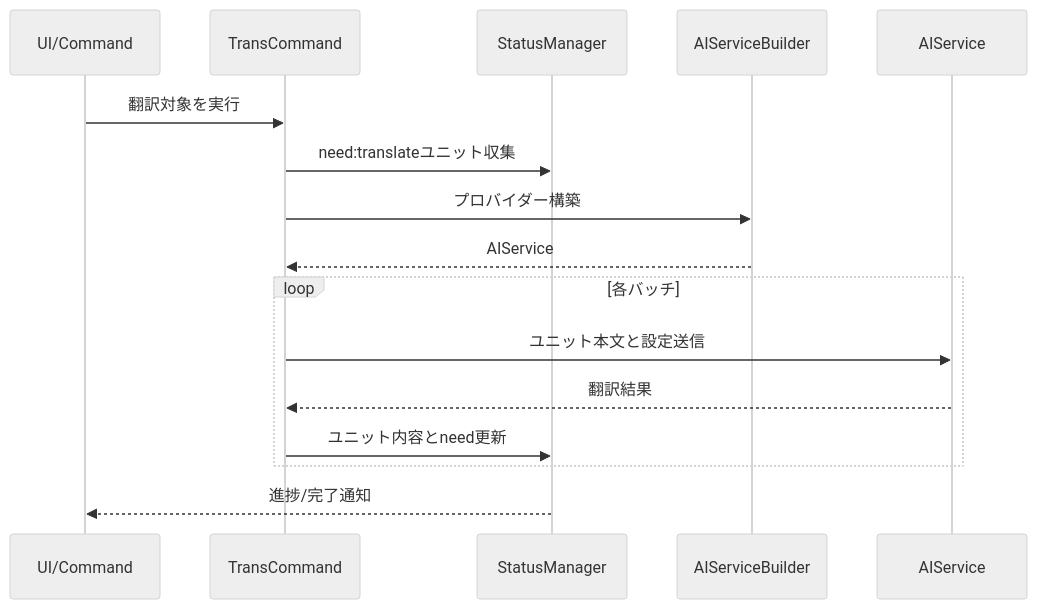
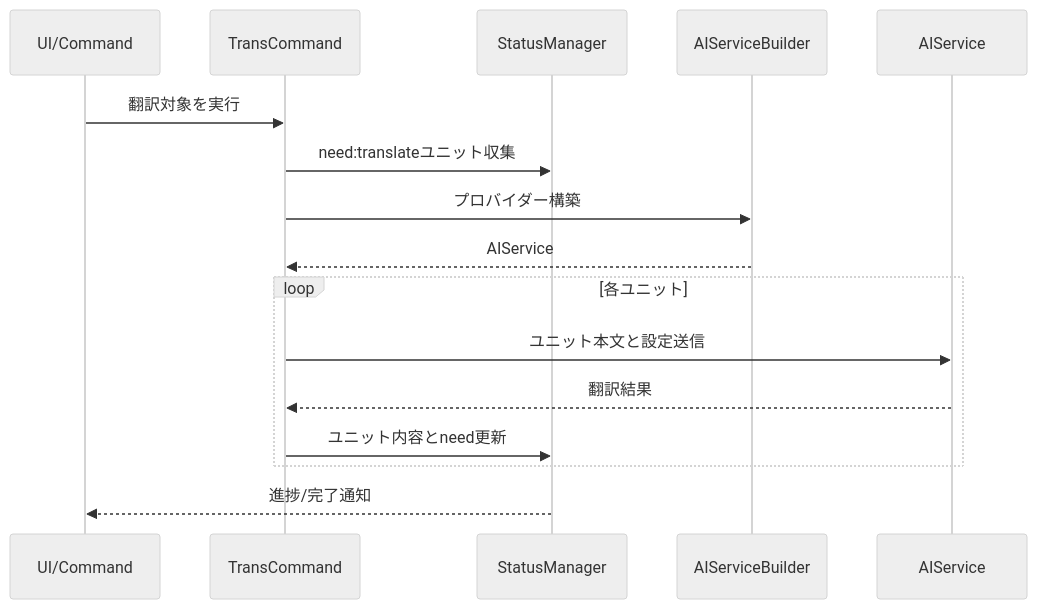
Before and after one commit to mochimochiki/mdait: the second of 4 diagrams in design/commands.md, drawn with Mermaid (neutral theme). The commit also changed other lines of this file and 7 other files, not shown here.

````diff
--- a/design/commands.md
+++ b/design/commands.md
@@ -45,19 +46,19 @@
 ```mermaid
 sequenceDiagram
 	participant UX as UI/Command
 	participant Cmd as TransCommand
 	participant Status as StatusManager
 	participant Builder as AIServiceBuilder
 	participant AI as AIService
 
 	UX->>Cmd: 翻訳対象を実行
 	Cmd->>Status: need:translateユニット収集
 	Cmd->>Builder: プロバイダー構築
 	Builder-->>Cmd: AIService
-	loop 各バッチ
+	loop 各ユニット
 		Cmd->>AI: ユニット本文と設定送信
 		AI-->>Cmd: 翻訳結果
 		Cmd->>Status: ユニット内容とneed更新
 	end
 	Status-->>UX: 進捗/完了通知
 ```
````
